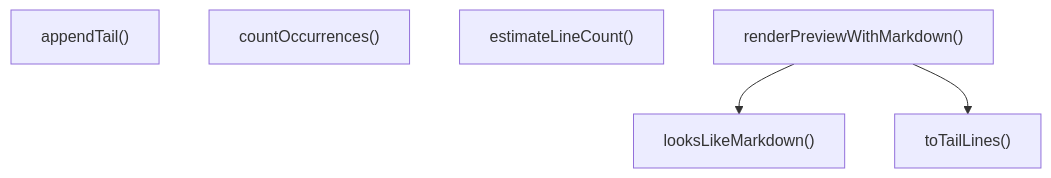
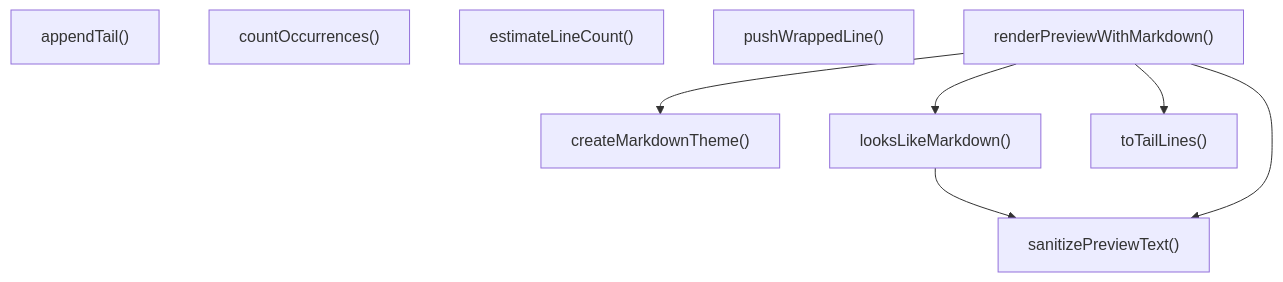
One commit to Mekann2904/mekann changed the third of 4 diagrams in ABDD/.pi/lib/tui/tui-utils.md. Above: the diagram before and after it, drawn with Mermaid. The commit also changed other lines of this file and 205 other files, not shown here.

````diff
--- a/ABDD/.pi/lib/tui/tui-utils.md
+++ b/ABDD/.pi/lib/tui/tui-utils.md
@@ -62,11 +63,17 @@
 ```mermaid
 flowchart TD
   appendTail["appendTail()"]
   countOccurrences["countOccurrences()"]
+  createMarkdownTheme["createMarkdownTheme()"]
   estimateLineCount["estimateLineCount()"]
   looksLikeMarkdown["looksLikeMarkdown()"]
+  pushWrappedLine["pushWrappedLine()"]
   renderPreviewWithMarkdown["renderPreviewWithMarkdown()"]
+  sanitizePreviewText["sanitizePreviewText()"]
   toTailLines["toTailLines()"]
+  looksLikeMarkdown --> sanitizePreviewText
+  renderPreviewWithMarkdown --> createMarkdownTheme
   renderPreviewWithMarkdown --> looksLikeMarkdown
+  renderPreviewWithMarkdown --> sanitizePreviewText
   renderPreviewWithMarkdown --> toTailLines
 ```
````
